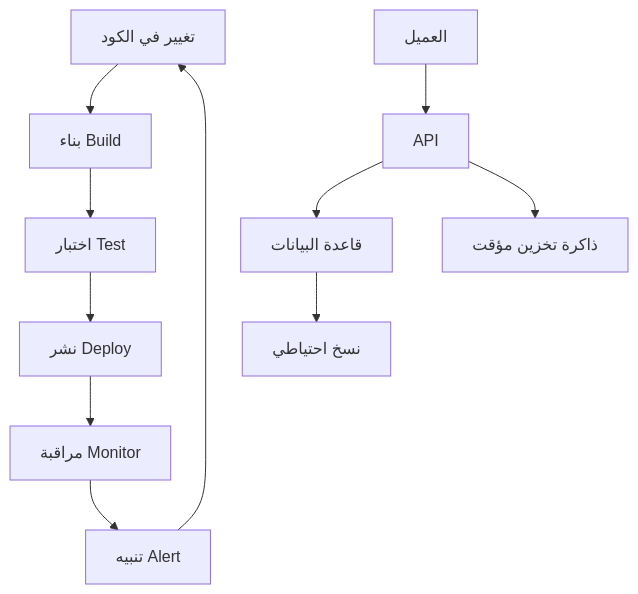
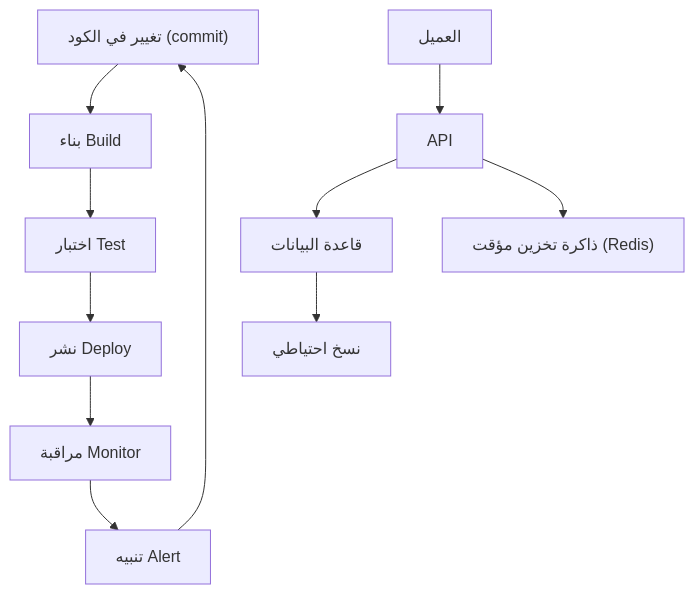
One commit to apexdataro-Fin/AEP changed the second of 2 diagrams in docs/lessons/01-foundations/01-engineering-mindset.md. Above: the diagram before and after it, drawn with Mermaid. The commit also changed other lines of this file and 7 other files, not shown here.

````diff
--- a/docs/lessons/01-foundations/01-engineering-mindset.md
+++ b/docs/lessons/01-foundations/01-engineering-mindset.md
@@ -55,13 +105,14 @@
 ```mermaid
 graph TD
-    A[تغيير في الكود] --> B[بناء Build]
-    B --> C[اختبار Test]
-    C --> D[نشر Deploy]
-    D --> E[مراقبة Monitor]
-    E --> F[تنبيه Alert]
+    A["تغيير في الكود (commit)"] --> B["بناء Build"]
+    B --> C["اختبار Test"]
+    C --> D["نشر Deploy"]
+    D --> E["مراقبة Monitor"]
+    E --> F["تنبيه Alert"]
     F --> A
-    G[العميل] --> H[API]
-    H --> I[قاعدة البيانات]
-    I --> J[نسخ احتياطي]
-    H --> K[ذاكرة تخزين مؤقت]
+    
+    G["العميل"] --> H["API"]
+    H --> I["قاعدة البيانات"]
+    I --> J["نسخ احتياطي"]
+    H --> K["ذاكرة تخزين مؤقت (Redis)"]
 ```
````
